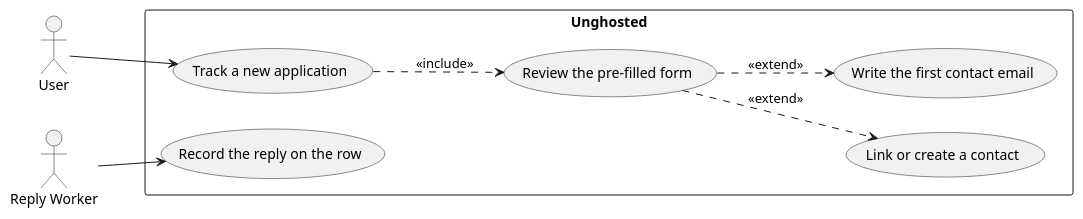
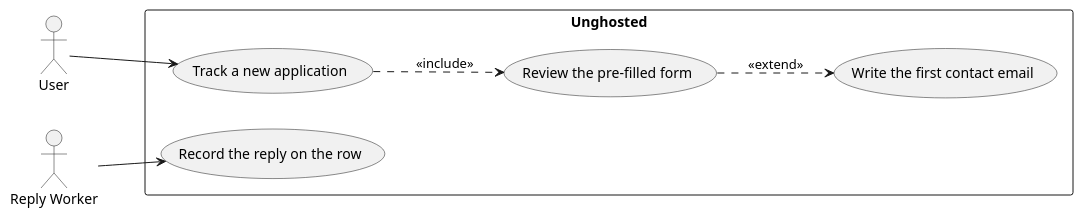
The diagram in docs/plantuml/usecase-track-application.puml (matthieu-27/unghosted), drawn with PlantUML before and after one commit.

Commit message:
fix(uml): remove add contact feature

```diff
--- a/docs/plantuml/usecase-track-application.puml
+++ b/docs/plantuml/usecase-track-application.puml
@@ -1,27 +1,25 @@
 @startuml usecase-track-application
 ' Use case: user tracks a new application (brief section 2.6).
 ' One use case per actor goal. Fetching, source detection and field
 ' extraction are internal steps of "Track a new application",
 ' not use cases of their own.
 left to right direction
 skinparam packageStyle rectangle
 
 actor "User" as user
 actor "Reply Worker" as worker
 
 rectangle "Unghosted" {
   (Track a new application) as track
   (Review the pre-filled form) as review
-  (Link or create a contact) as contact
   (Write the first contact email) as first
   (Record the reply on the row) as reply
 }
 
 user --> track
 
 track ..> review : <<include>>
-review ..> contact : <<extend>>
 review ..> first : <<extend>>
 
 worker --> reply
 @enduml
```
